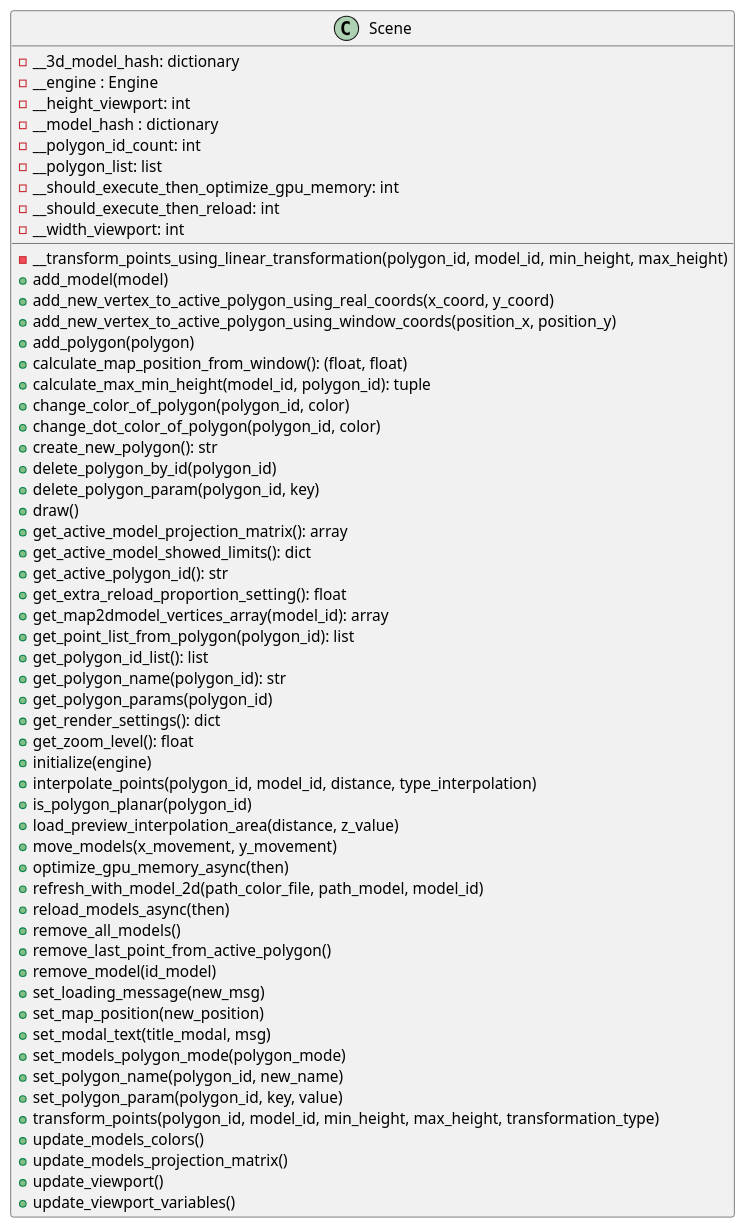
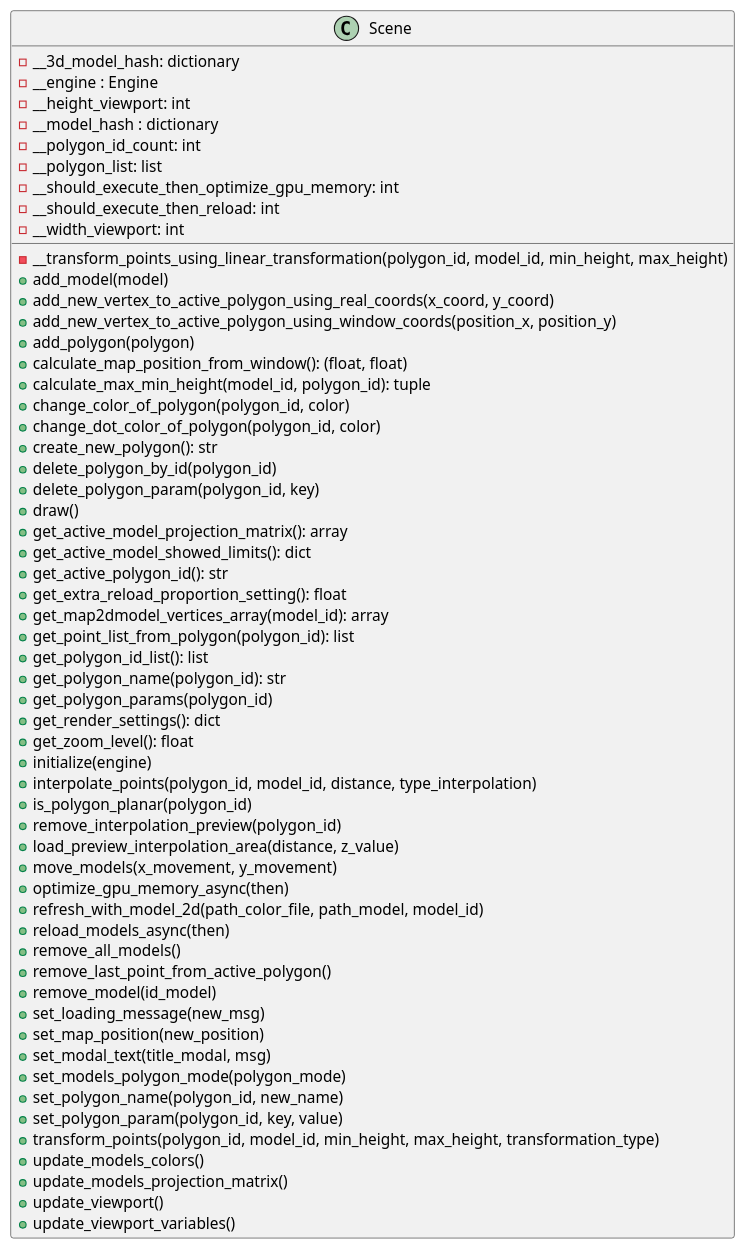
Before and after one commit to ferpoble2/Relief_Creator: the diagram in docs/classes/Scene.puml, drawn with PlantUML. The commit also changed 6 other files, not shown here.

Commit message:
Added button to delete the interpolation preview

```diff
--- a/docs/classes/Scene.puml
+++ b/docs/classes/Scene.puml
@@ -1,61 +1,62 @@
 @startuml
             class Scene{
                 - __transform_points_using_linear_transformation(polygon_id, model_id, min_height, max_height)
                 + add_model(model)
                 + add_new_vertex_to_active_polygon_using_real_coords(x_coord, y_coord)
                 + add_new_vertex_to_active_polygon_using_window_coords(position_x, position_y)
                 + add_polygon(polygon)
                 + calculate_map_position_from_window(): (float, float)
                 + calculate_max_min_height(model_id, polygon_id): tuple
                 + change_color_of_polygon(polygon_id, color)
                 + change_dot_color_of_polygon(polygon_id, color)
                 + create_new_polygon(): str
                 + delete_polygon_by_id(polygon_id)
                 + delete_polygon_param(polygon_id, key)
                 + draw()
                 + get_active_model_projection_matrix(): array
                 + get_active_model_showed_limits(): dict
                 + get_active_polygon_id(): str
                 + get_extra_reload_proportion_setting(): float
                 + get_map2dmodel_vertices_array(model_id): array
                 + get_point_list_from_polygon(polygon_id): list
                 + get_polygon_id_list(): list
                 + get_polygon_name(polygon_id): str
                 + get_polygon_params(polygon_id)
                 + get_render_settings(): dict
                 + get_zoom_level(): float
                 + initialize(engine)
                 + interpolate_points(polygon_id, model_id, distance, type_interpolation)
                 + is_polygon_planar(polygon_id)
+                + remove_interpolation_preview(polygon_id)
                 + load_preview_interpolation_area(distance, z_value)
                 + move_models(x_movement, y_movement)
                 + optimize_gpu_memory_async(then)
                 + refresh_with_model_2d(path_color_file, path_model, model_id)
                 + reload_models_async(then)
                 + remove_all_models()
                 + remove_last_point_from_active_polygon()
                 + remove_model(id_model)
                 + set_loading_message(new_msg)
                 + set_map_position(new_position)
                 + set_modal_text(title_modal, msg)
                 + set_models_polygon_mode(polygon_mode)
                 + set_polygon_name(polygon_id, new_name)
                 + set_polygon_param(polygon_id, key, value)
                 + transform_points(polygon_id, model_id, min_height, max_height, transformation_type)
                 + update_models_colors()
                 + update_models_projection_matrix()
                 + update_viewport()
                 + update_viewport_variables()
 
                 - __3d_model_hash: dictionary
                 - __engine : Engine
                 - __height_viewport: int
                 - __model_hash : dictionary
                 - __polygon_id_count: int
                 - __polygon_list: list
                 - __should_execute_then_optimize_gpu_memory: int
                 - __should_execute_then_reload: int
                 - __width_viewport: int
             }
 
 @enduml
```
